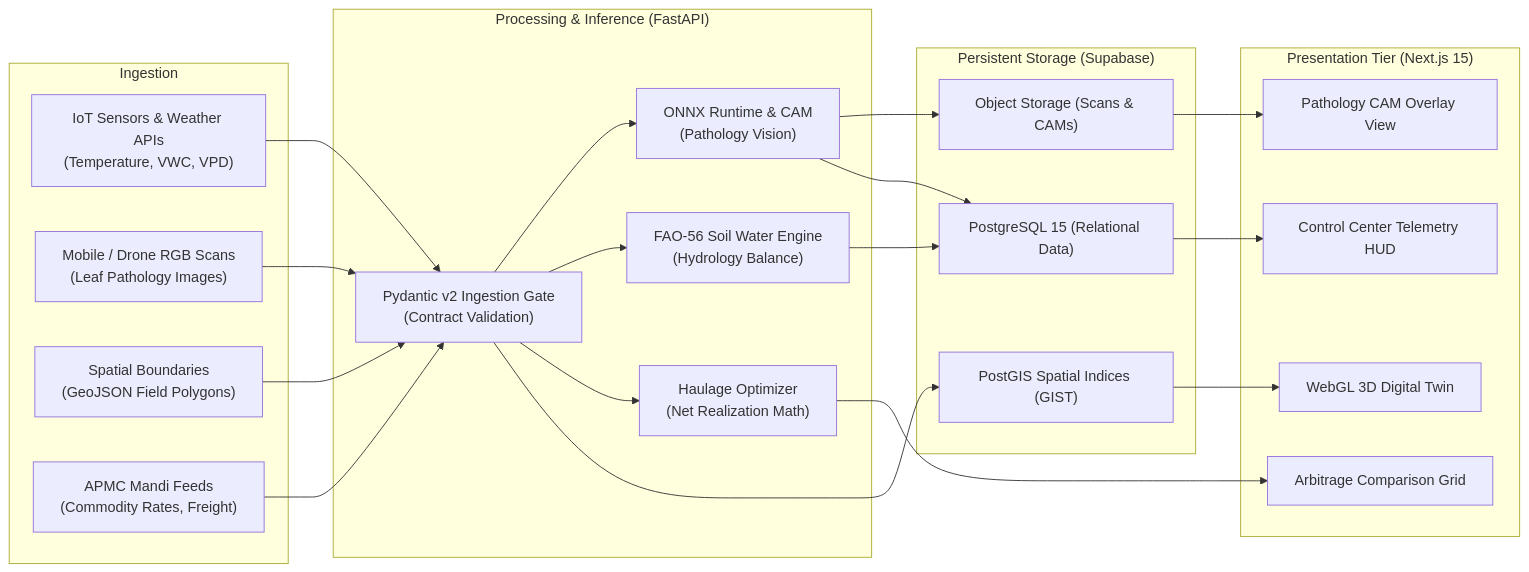
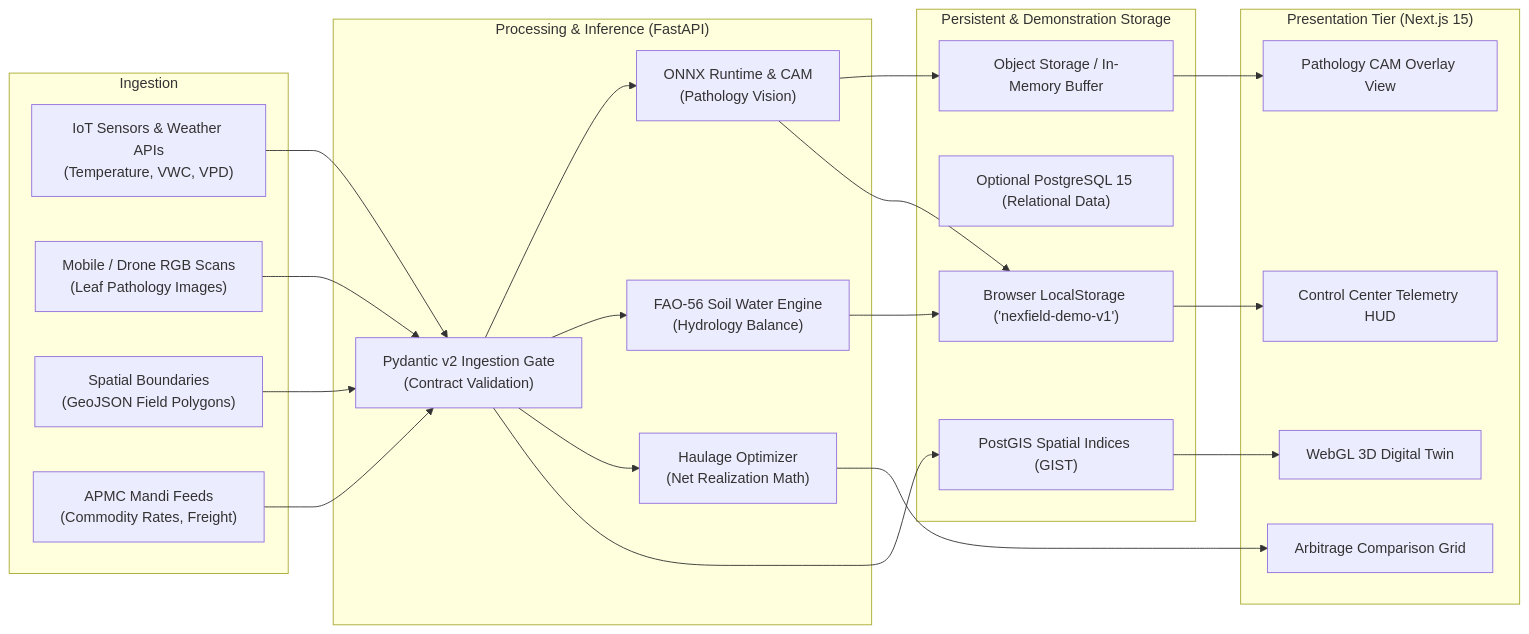
Before and after one commit to TanishBane/Nexfield: the first of 4 diagrams in docs/DATA_FLOW.md, drawn with Mermaid. The commit also changed other lines of this file and 30 other files, not shown here.

Commit message:
fix(demo): complete Supabase removal, eliminate auth backdoors, fix CORS, and wire client persistence

````diff
--- a/docs/DATA_FLOW.md
+++ b/docs/DATA_FLOW.md
@@ -14,48 +14,49 @@
 ```mermaid
 flowchart LR
     subgraph Ingestion
         Sensors["IoT Sensors & Weather APIs<br/>(Temperature, VWC, VPD)"]
         Camera["Mobile / Drone RGB Scans<br/>(Leaf Pathology Images)"]
         GIS["Spatial Boundaries<br/>(GeoJSON Field Polygons)"]
         Mandi["APMC Mandi Feeds<br/>(Commodity Rates, Freight)"]
     end
 
     subgraph Processing ["Processing & Inference (FastAPI)"]
         Pydantic["Pydantic v2 Ingestion Gate<br/>(Contract Validation)"]
         ONNX["ONNX Runtime & CAM<br/>(Pathology Vision)"]
         BioPhys["FAO-56 Soil Water Engine<br/>(Hydrology Balance)"]
         Arbitrage["Haulage Optimizer<br/>(Net Realization Math)"]
     end
 
-    subgraph Storage ["Persistent Storage (Supabase)"]
-        PostgreSQL["PostgreSQL 15 (Relational Data)"]
+    subgraph Storage ["Persistent & Demonstration Storage"]
+        LocalStorage["Browser LocalStorage ('nexfield-demo-v1')"]
+        PostgreSQL["Optional PostgreSQL 15 (Relational Data)"]
         PostGIS["PostGIS Spatial Indices (GIST)"]
-        BlobStore["Object Storage (Scans & CAMs)"]
+        BlobStore["Object Storage / In-Memory Buffer"]
     end
 
     subgraph Presentation ["Presentation Tier (Next.js 15)"]
         HUD["Control Center Telemetry HUD"]
         Twin3D["WebGL 3D Digital Twin"]
         DiagnosisView["Pathology CAM Overlay View"]
         MarketView["Arbitrage Comparison Grid"]
     end
 
     Sensors --> Pydantic
     Camera --> Pydantic
     GIS --> Pydantic
     Mandi --> Pydantic
 
     Pydantic --> ONNX
     Pydantic --> BioPhys
     Pydantic --> Arbitrage
 
     ONNX --> BlobStore
-    ONNX --> PostgreSQL
-    BioPhys --> PostgreSQL
+    ONNX --> LocalStorage
+    BioPhys --> LocalStorage
     Pydantic --> PostGIS
 
-    PostgreSQL --> HUD
+    LocalStorage --> HUD
     PostGIS --> Twin3D
     BlobStore --> DiagnosisView
     Arbitrage --> MarketView
 ```
````
